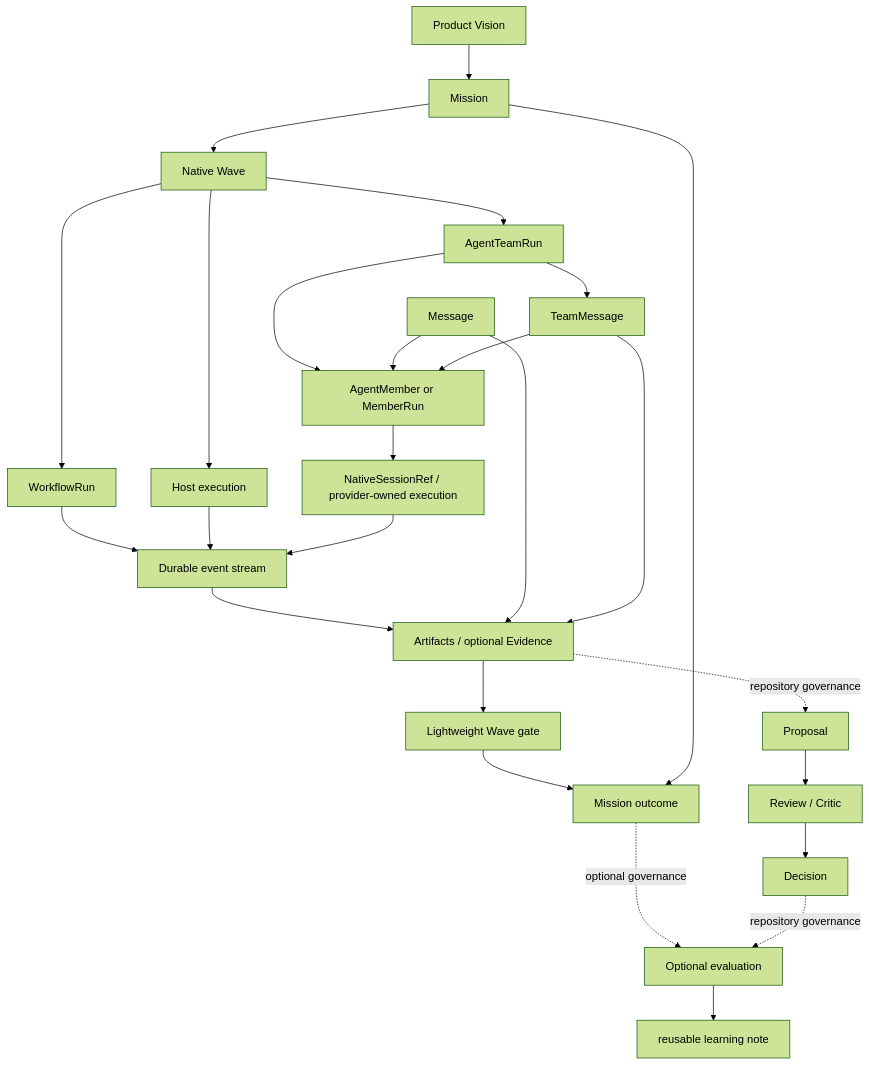
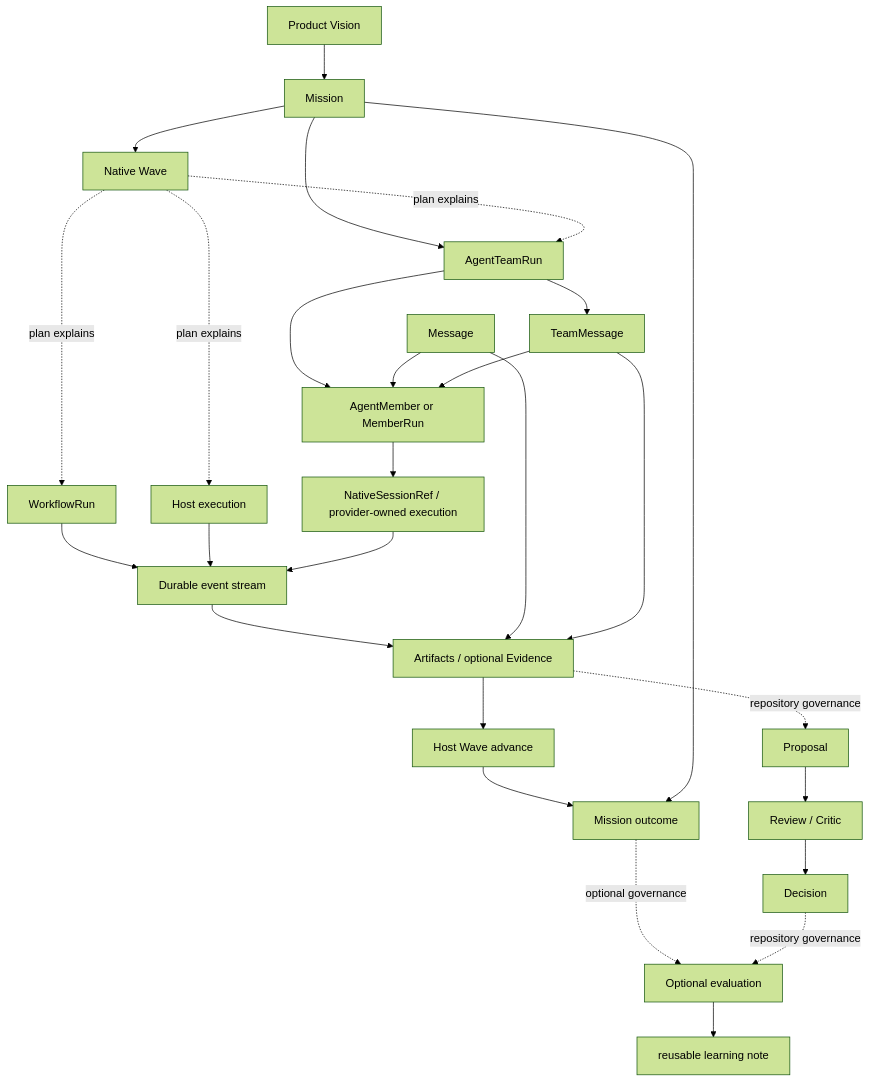
The diagram in docs/concept-model.md (cyl19970726/multi-agent-harness), drawn with Mermaid (forest theme) before and after one commit. The commit also changed other lines of this file and 81 other files, not shown here.

Commit message:
feat: make waves host plans and teams mission scoped

````diff
--- a/docs/concept-model.md
+++ b/docs/concept-model.md
@@ -37,48 +38,49 @@
 ```mermaid
 flowchart TD
   Vision[Product Vision]
   Mission[Mission]
   Wave[Native Wave]
   TeamRun[AgentTeamRun]
   WorkflowRun[WorkflowRun]
   HostExec[Host execution]
   Message[Message]
   TeamMessage[TeamMessage]
   Member[AgentMember or MemberRun]
   Provider[NativeSessionRef / provider-owned execution]
   Event[Durable event stream]
   Evidence[Artifacts / optional Evidence]
-  Gate[Lightweight Wave gate]
+  Gate[Host Wave advance]
   Outcome[Mission outcome]
   Proposal[Proposal]
   Review[Review / Critic]
   Decision[Decision]
   Eval[Optional evaluation]
   Case[reusable learning note]
 
   Vision --> Mission
   Mission --> Wave
-  Wave --> TeamRun
-  Wave --> WorkflowRun
-  Wave --> HostExec
+  Mission --> TeamRun
+  Wave -. plan explains .-> TeamRun
+  Wave -. plan explains .-> WorkflowRun
+  Wave -. plan explains .-> HostExec
   TeamRun --> TeamMessage
   TeamRun --> Member
   WorkflowRun --> Event
   HostExec --> Event
   Message --> Member
   TeamMessage --> Member
   Member --> Provider
   Provider --> Event
   Event --> Evidence
   Message --> Evidence
   TeamMessage --> Evidence
   Evidence --> Gate
   Gate --> Outcome
   Mission --> Outcome
   Outcome -. optional governance .-> Eval
   Evidence -. repository governance .-> Proposal
   Proposal --> Review
   Review --> Decision
   Decision -. repository governance .-> Eval
   Eval --> Case
 ```
````
